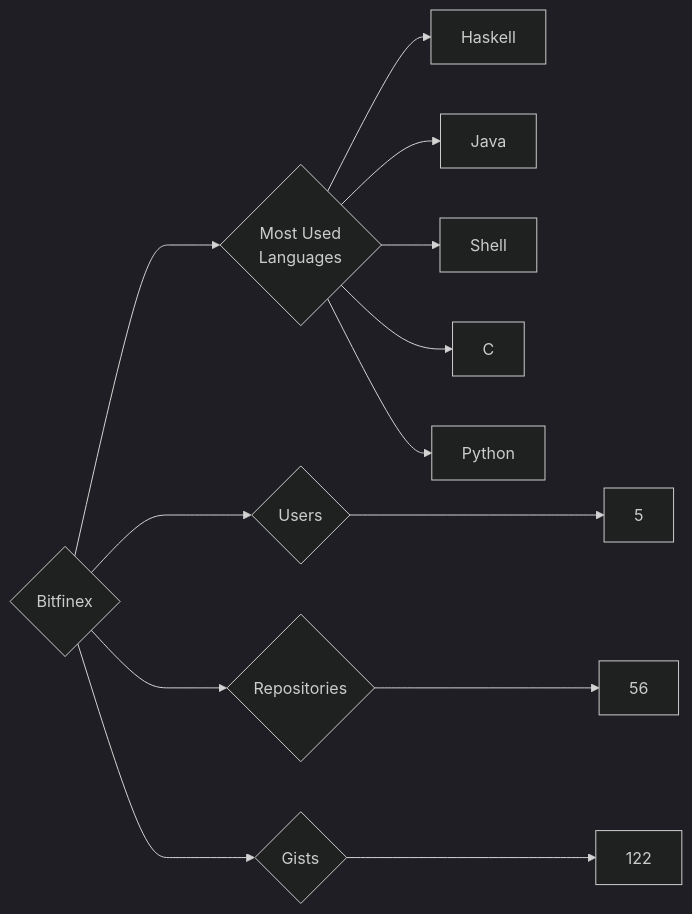
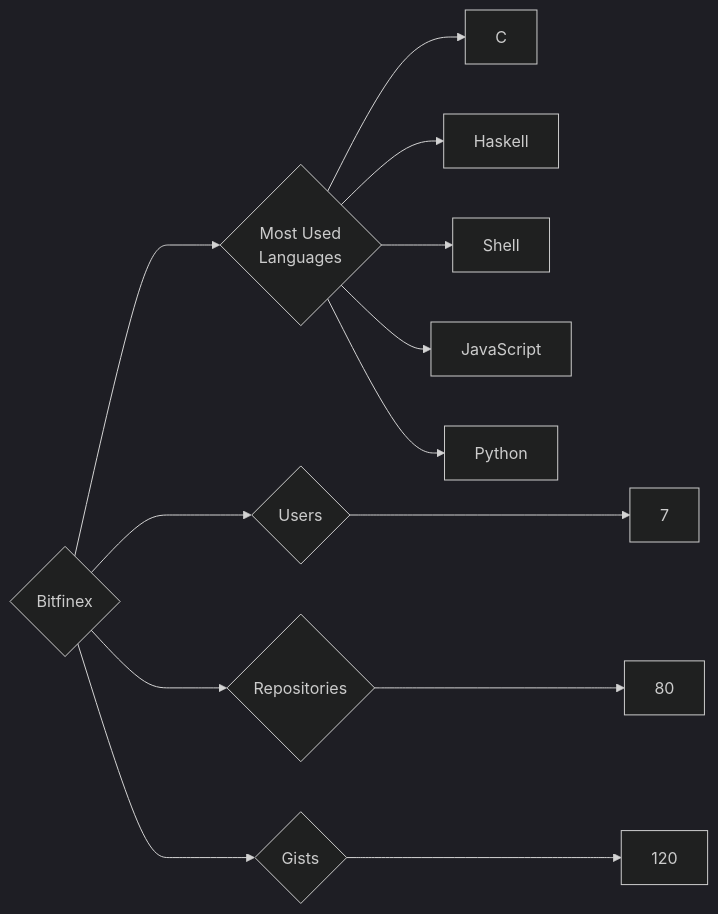
One commit to trickest/insiders changed the diagram in targets/Bitfinex/README.md. Above: the diagram before and after it, drawn with Mermaid (dark theme). The commit also changed 942 other files, not shown here.

````diff
--- a/targets/Bitfinex/README.md
+++ b/targets/Bitfinex/README.md
@@ -3,13 +3,13 @@
 ```mermaid
 graph LR
 COMPANY_NAME{Bitfinex}
-COMPANY_NAME ---> U{Users} ---> UN[5]
-COMPANY_NAME ---> R{Repositories} ---> RN[56]
-COMPANY_NAME ---> G{Gists} ---> GN[122]
+COMPANY_NAME ---> U{Users} ---> UN[7]
+COMPANY_NAME ---> R{Repositories} ---> RN[80]
+COMPANY_NAME ---> G{Gists} ---> GN[120]
 COMPANY_NAME ---> ML{Most Used<br>Languages}
+ML --> C[C]
 ML --> Haskell[Haskell]
-ML --> Java[Java]
 ML --> Shell[Shell]
-ML --> C[C]
+ML --> JavaScript[JavaScript]
 ML --> Python[Python]
 ```
````
